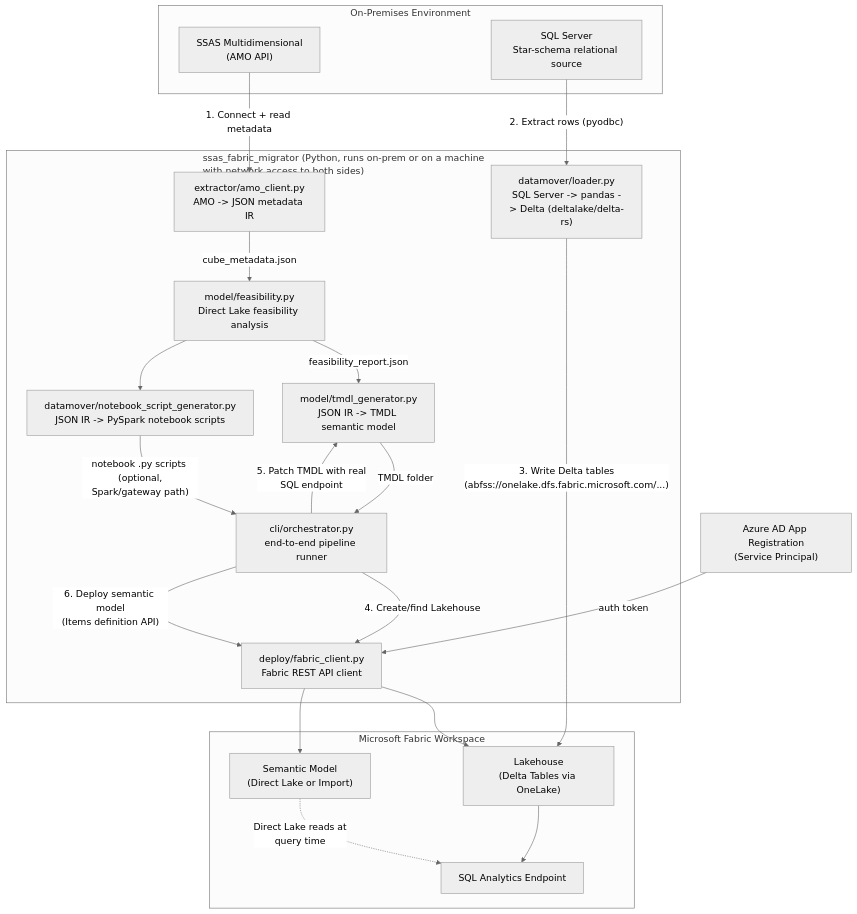
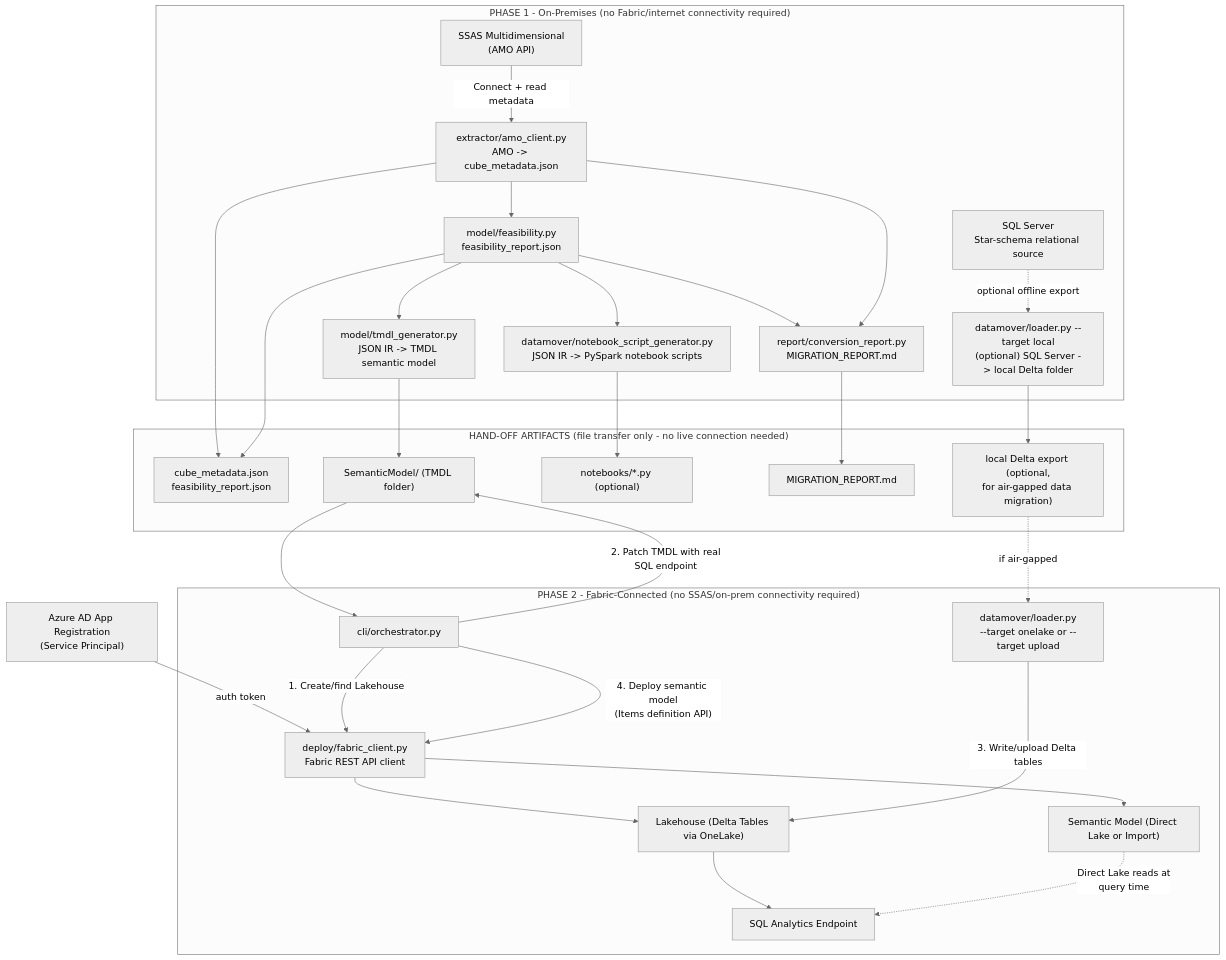
One commit to sagarbathe/SSAS_MDXCube_to_Fabric_Migration_Tool changed the diagram in README.md. Above: the diagram before and after it, drawn with Mermaid (neutral theme). The commit also changed other lines of this file and 6 other files, not shown here.

````diff
--- a/README.md
+++ b/README.md
@@ -48,44 +79,57 @@
 ```mermaid
 flowchart TD
-    subgraph OnPrem["On-Premises Environment"]
+    subgraph OnPrem["PHASE 1 - On-Premises (no Fabric/internet connectivity required)"]
         SSAS["SSAS Multidimensional\n(AMO API)"]
         SQL["SQL Server\nStar-schema relational source"]
+        E["extractor/amo_client.py\nAMO -> cube_metadata.json"]
+        F["model/feasibility.py\nfeasibility_report.json"]
+        T["model/tmdl_generator.py\nJSON IR -> TMDL semantic model"]
+        N["datamover/notebook_script_generator.py\nJSON IR -> PySpark notebook scripts"]
+        R["report/conversion_report.py\nMIGRATION_REPORT.md"]
+        L["datamover/loader.py --target local\n(optional) SQL Server -> local Delta folder"]
+
+        SSAS -- "Connect + read metadata" --> E
+        E --> F
+        F --> T
+        F --> N
+        F --> R
+        E --> R
+        SQL -. "optional offline export" .-> L
     end
 
-    subgraph Tool["ssas_fabric_migrator (Python, runs on-prem or on a machine\nwith network access to both sides)"]
-        E["extractor/amo_client.py\nAMO -> JSON metadata IR"]
-        F["model/feasibility.py\nDirect Lake feasibility analysis"]
-        T["model/tmdl_generator.py\nJSON IR -> TMDL semantic model"]
-        N["datamover/notebook_script_generator.py\nJSON IR -> PySpark notebook scripts"]
-        D["datamover/loader.py\nSQL Server -> pandas -> Delta (deltalake/delta-rs)"]
-        C["deploy/fabric_client.py\nFabric REST API client"]
-        O["cli/orchestrator.py\nend-to-end pipeline runner"]
+    subgraph Handoff["HAND-OFF ARTIFACTS (file transfer only - no live connection needed)"]
+        H1["cube_metadata.json\nfeasibility_report.json"]
+        H2["SemanticModel/ (TMDL folder)"]
+        H3["notebooks/*.py (optional)"]
+        H4["MIGRATION_REPORT.md"]
+        H5["local Delta export (optional,\nfor air-gapped data migration)"]
     end
 
-    subgraph Fabric["Microsoft Fabric Workspace"]
-        LH["Lakehouse\n(Delta Tables via OneLake)"]
-        SM["Semantic Model\n(Direct Lake or Import)"]
+    E --> H1
+    F --> H1
+    T --> H2
+    N --> H3
+    R --> H4
+    L --> H5
+
+    subgraph Fabric2["PHASE 2 - Fabric-Connected (no SSAS/on-prem connectivity required)"]
+        O["cli/orchestrator.py"]
+        C["deploy/fabric_client.py\nFabric REST API client"]
+        UP["datamover/loader.py\n--target onelake or --target upload"]
+        LH["Lakehouse (Delta Tables via OneLake)"]
+        SM["Semantic Model (Direct Lake or Import)"]
         SQLEP["SQL Analytics Endpoint"]
     end
 
     SP["Azure AD App Registration\n(Service Principal)"]
 
-    SSAS -- "1. Connect + read metadata" --> E
-    E -- "cube_metadata.json" --> F
-    F -- "feasibility_report.json" --> T
-    F --> N
-    T -- "TMDL folder" --> O
-    N -- "notebook .py scripts (optional,\nSpark/gateway path)" --> O
-
-    SQL -- "2. Extract rows (pyodbc)" --> D
-    D -- "3. Write Delta tables\n(abfss://onelake.dfs.fabric.microsoft.com/...)" --> LH
+    H2 --> O
+    H5 -. "if air-gapped" .-> UP
+    SP -- "auth token" --> C
+    O -- "1. Create/find Lakehouse" --> C --> LH
     LH --> SQLEP
-
-    SP -- "auth token" --> C
-    O -- "4. Create/find Lakehouse" --> C
-    C --> LH
-    O -- "5. Patch TMDL with real\nSQL endpoint" --> T
-    O -- "6. Deploy semantic model\n(Items definition API)" --> C
-    C --> SM
+    O -- "2. Patch TMDL with real\nSQL endpoint" --> H2
+    UP -- "3. Write/upload Delta tables" --> LH
+    O -- "4. Deploy semantic model\n(Items definition API)" --> C --> SM
     SM -. "Direct Lake reads at\nquery time" .-> SQLEP
 ```
````
